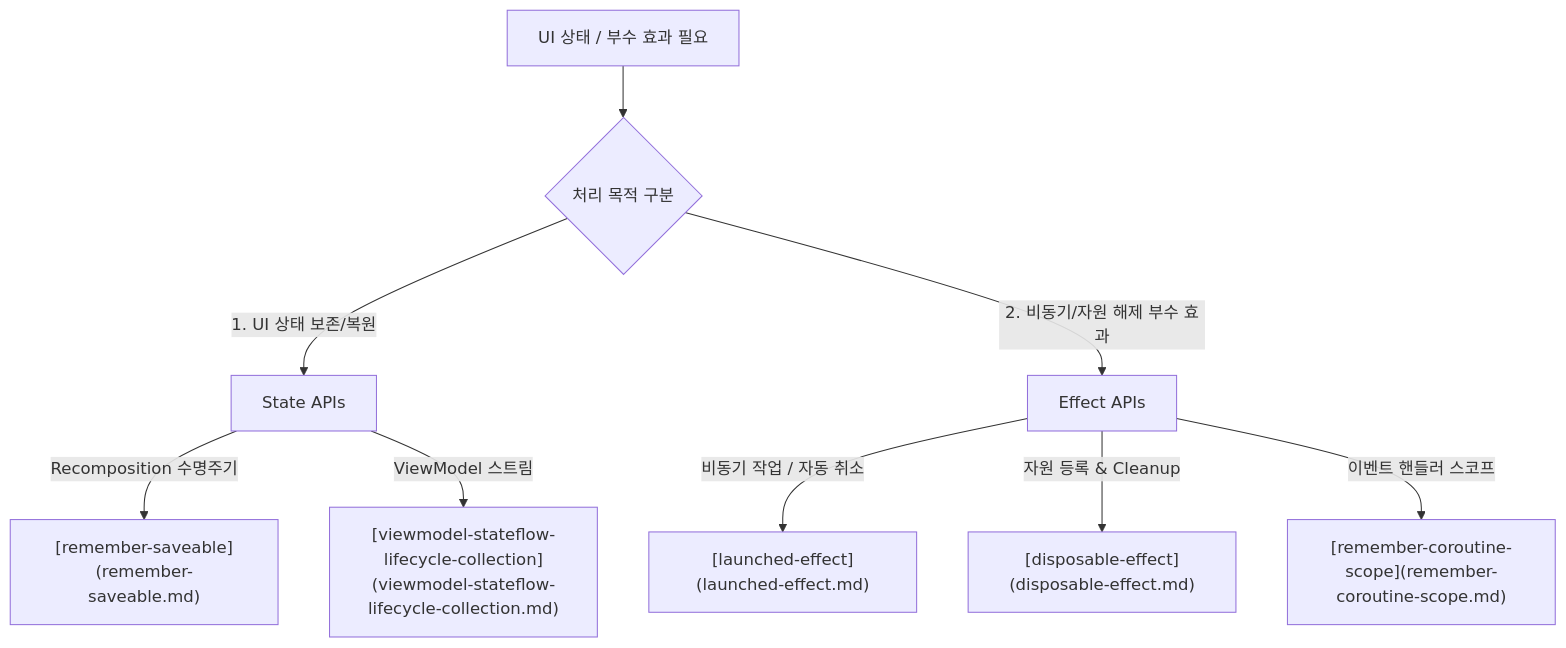
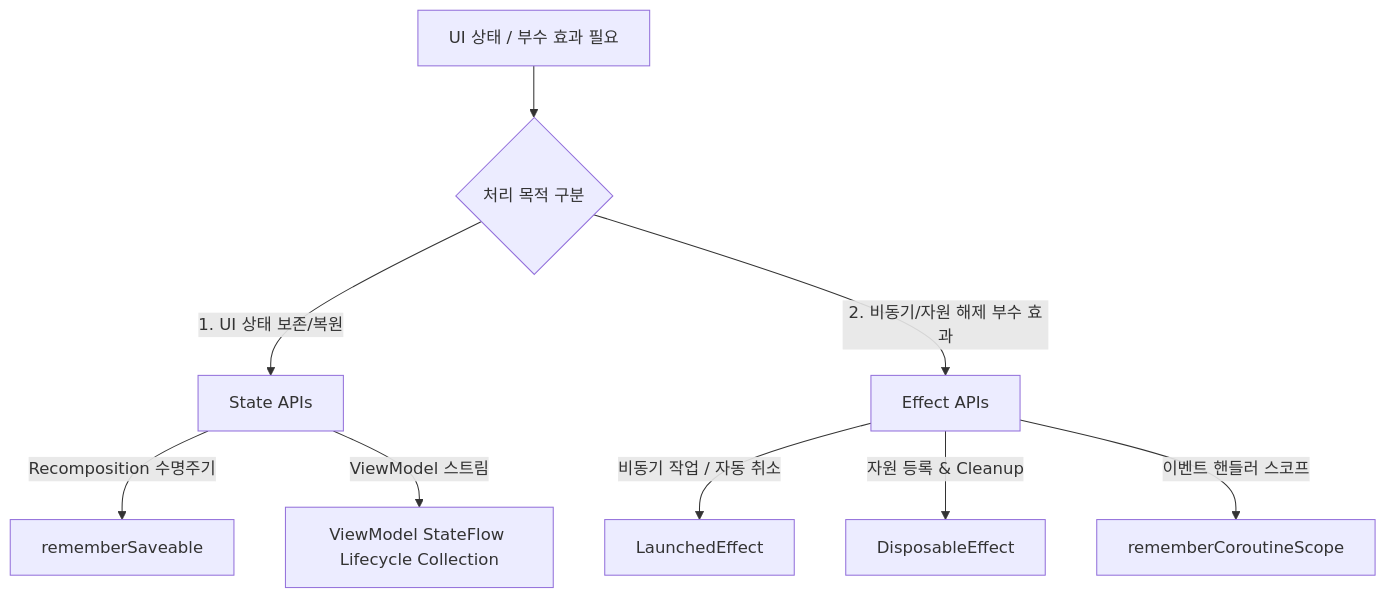
The diagram in 01_inbox/mobile/android/02_app_framework/jetpack-compose/state-and-lifecycle/compose-state-and-effect-contracts/compose-state-and-effect-contracts.md (youngmin-gwon/what-i-studied), drawn with Mermaid before and after one commit. The commit also changed 11 other files, not shown here.

````diff
--- a/01_inbox/mobile/android/02_app_framework/jetpack-compose/state-and-lifecycle/compose-state-and-effect-contracts/compose-state-and-effect-contracts.md
+++ b/01_inbox/mobile/android/02_app_framework/jetpack-compose/state-and-lifecycle/compose-state-and-effect-contracts/compose-state-and-effect-contracts.md
@@ -25,13 +25,13 @@
 ```mermaid
 graph TD
     StateDecision["UI 상태 / 부수 효과 필요"] --> StateOrEffect{"처리 목적 구분"}
     StateOrEffect -->|"1. UI 상태 보존/복원"| StateAPIs["State APIs"]
     StateOrEffect -->|"2. 비동기/자원 해제 부수 효과"| EffectAPIs["Effect APIs"]
 
-    StateAPIs -->|"Recomposition 수명주기"| RememberState["[remember-saveable](remember-saveable.md)"]
-    StateAPIs -->|"ViewModel 스트림"| LifecycleState["[viewmodel-stateflow-lifecycle-collection](viewmodel-stateflow-lifecycle-collection.md)"]
+    StateAPIs -->|"Recomposition 수명주기"| RememberState["rememberSaveable"]
+    StateAPIs -->|"ViewModel 스트림"| LifecycleState["ViewModel StateFlow Lifecycle Collection"]
 
-    EffectAPIs -->|"비동기 작업 / 자동 취소"| Launched["[launched-effect](launched-effect.md)"]
-    EffectAPIs -->|"자원 등록 & Cleanup"| Disposable["[disposable-effect](disposable-effect.md)"]
-    EffectAPIs -->|"이벤트 핸들러 스코프"| Scope["[remember-coroutine-scope](remember-coroutine-scope.md)"]
+    EffectAPIs -->|"비동기 작업 / 자동 취소"| Launched["LaunchedEffect"]
+    EffectAPIs -->|"자원 등록 & Cleanup"| Disposable["DisposableEffect"]
+    EffectAPIs -->|"이벤트 핸들러 스코프"| Scope["rememberCoroutineScope"]
 ```
````
